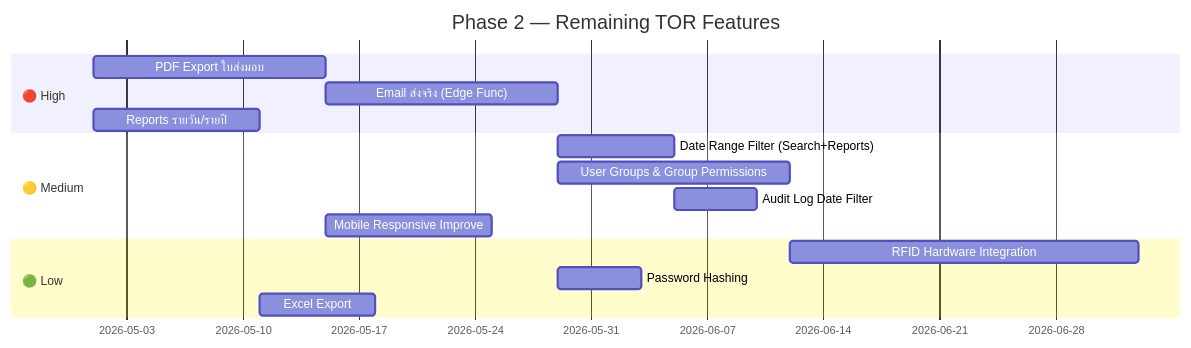
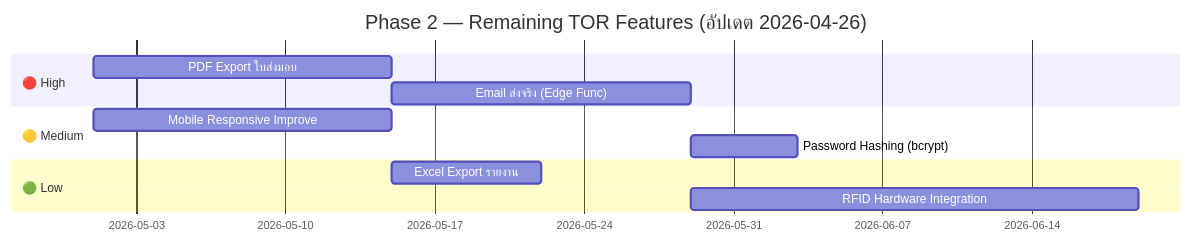
Diagram 19 of 19 in WORKFLOW_DATAFLOW.md (sujittrapankaraket-sketch/CNI-Property-Lost-Found-Management-System), drawn with Mermaid before and after one commit. The commit also changed other lines of this file and 4 other files, not shown here.

````diff
--- a/WORKFLOW_DATAFLOW.md
+++ b/WORKFLOW_DATAFLOW.md
@@ -627,20 +622,16 @@
 ```mermaid
 gantt
-    title Phase 2 — Remaining TOR Features
+    title Phase 2 — Remaining TOR Features (อัปเดต 2026-04-26)
     dateFormat  YYYY-MM-DD
     section 🔴 High
     PDF Export ใบส่งมอบ         :p1, 2026-05-01, 14d
     Email ส่งจริง (Edge Func)    :p2, after p1, 14d
-    Reports รายวัน/รายปี        :p3, 2026-05-01, 10d
 
     section 🟡 Medium
-    Date Range Filter (Search+Reports) :p4, after p2, 7d
-    User Groups & Group Permissions    :p5, after p2, 14d
-    Audit Log Date Filter              :p6, after p4, 5d
-    Mobile Responsive Improve          :p7, 2026-05-15, 10d
+    Mobile Responsive Improve    :p3, 2026-05-01, 14d
+    Password Hashing (bcrypt)    :p4, after p2, 5d
 
     section 🟢 Low
-    RFID Hardware Integration  :p8, after p5, 21d
-    Password Hashing           :p9, after p2, 5d
-    Excel Export               :p10, after p3, 7d
+    Excel Export รายงาน          :p5, after p1, 7d
+    RFID Hardware Integration    :p6, after p2, 21d
 ```
````
